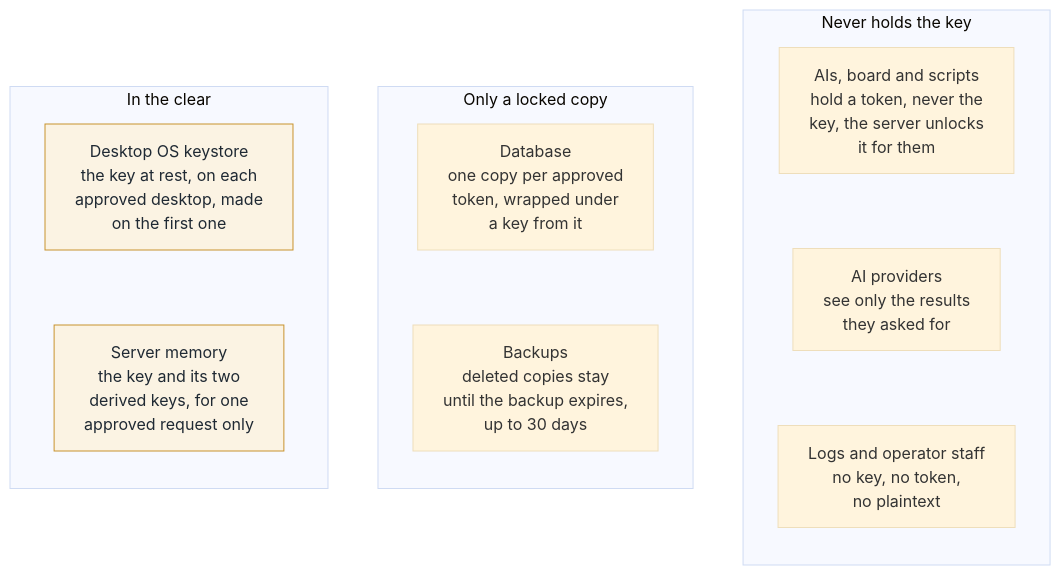
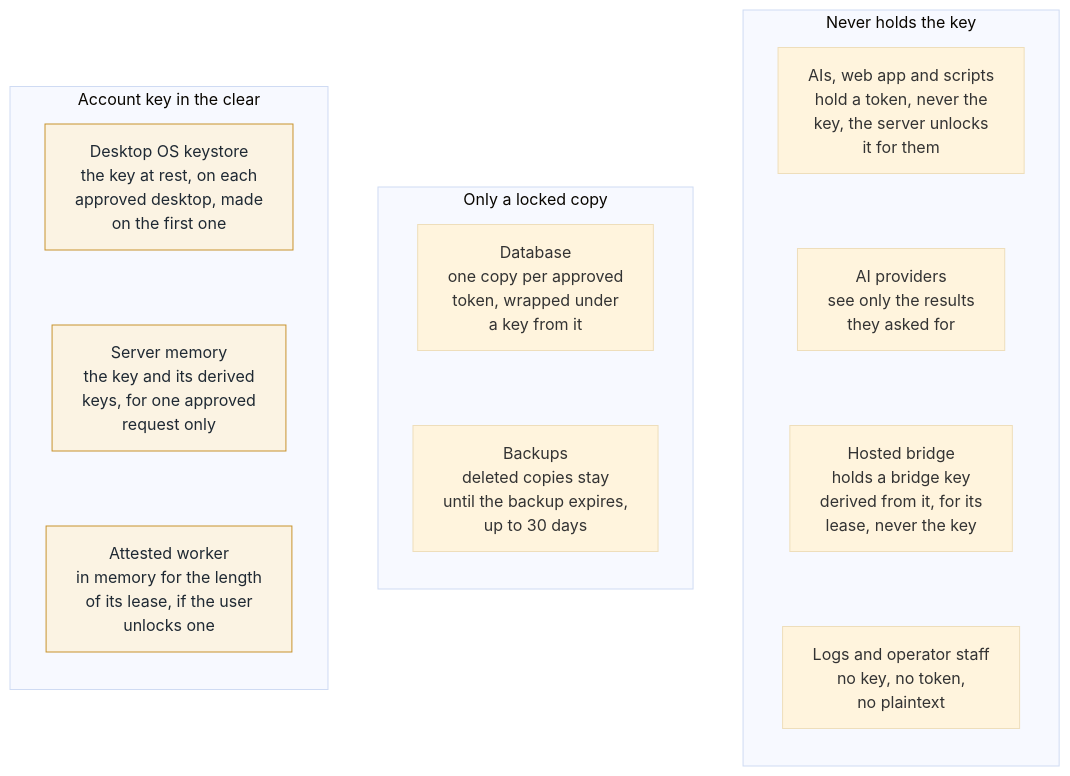
The diagram in diagrams/where-the-account-key-lives-2-places-in-the-clear.mmd (ajs-consult-llc/mirror-encryption-rfc), drawn with Mermaid (base theme) before and after one commit. The commit also changed 34 other files, not shown here.

```diff
--- a/diagrams/where-the-account-key-lives-2-places-in-the-clear.mmd
+++ b/diagrams/where-the-account-key-lives-2-places-in-the-clear.mmd
@@ -1,24 +1,26 @@
 flowchart TB
-  accTitle: The account key exists in the clear in only two places
-  accDescr: Where the account key lives, where only a locked copy lives, and where it never goes. In the clear, the key exists only in the desktop OS keystore, at rest on each approved desktop and made on the first one, and in server memory, with its two derived keys, for one approved request only. Only a locked copy is in the database, one copy per approved token wrapped under a key from it, and in backups, where deleted copies stay until the backup expires, up to 30 days. The AIs, board and scripts hold a token but never the key, and the server unlocks it for them. AI providers see only the results they asked for. Logs and operator staff hold no key, no token and no plaintext. A token opens only its own copy, so deleting that copy cuts its holder off at once.
+  accTitle: The account key exists in the clear in only three places
+  accDescr: Where the account key lives, where only a locked copy lives, and where it never goes. In the clear, the key exists only in the desktop OS keystore, at rest on each approved desktop and made on the first one, in server memory, with its derived keys, for one approved request only, and in an attested worker, in memory for the length of its lease, if the user unlocks one. Only a locked copy is in the database, one copy per approved token wrapped under a key from it, and in backups, where deleted copies stay until the backup expires, up to 30 days. The AIs, web app and scripts hold a token but never the key, and the server unlocks it for them. AI providers see only the results they asked for. A hosted bridge holds a bridge key derived from the account key, for its lease, never the key itself. Logs and operator staff hold no key, no token and no plaintext. A token opens only its own copy, so deleting that copy cuts its holder off at once. With a hosted bridge the key still rests only on the user's desktop, and the bridge holds a derived key.
   subgraph never["Never holds the key"]
     direction TB
-    N1["AIs, board and scripts<br/>hold a token, never the<br/>key, the server unlocks<br/>it for them"]
+    N1["AIs, web app and scripts<br/>hold a token, never the<br/>key, the server unlocks<br/>it for them"]
     N2["AI providers<br/>see only the results<br/>they asked for"]
+    N4["Hosted bridge<br/>holds a bridge key<br/>derived from it, for its<br/>lease, never the key"]
     N3["Logs and operator staff<br/>no key, no token,<br/>no plaintext"]
-    N1 ~~~ N2 ~~~ N3
+    N1 ~~~ N2 ~~~ N4 ~~~ N3
   end
   subgraph locked["Only a locked copy"]
     direction TB
     L1["Database<br/>one copy per approved<br/>token, wrapped under<br/>a key from it"]
     L2["Backups<br/>deleted copies stay<br/>until the backup expires,<br/>up to 30 days"]
     L1 ~~~ L2
   end
-  subgraph clear["In the clear"]
+  subgraph clear["Account key in the clear"]
     direction TB
     K1["Desktop OS keystore<br/>the key at rest, on each<br/>approved desktop, made<br/>on the first one"]
-    K2["Server memory<br/>the key and its two<br/>derived keys, for one<br/>approved request only"]
-    K1 ~~~ K2
+    K2["Server memory<br/>the key and its derived<br/>keys, for one approved<br/>request only"]
+    K3["Attested worker<br/>in memory for the length<br/>of its lease, if the user<br/>unlocks one"]
+    K1 ~~~ K2 ~~~ K3
   end
   classDef hot stroke:#c8932e,fill:#fbf3e3,color:#1f2933
-  class K1,K2 hot
+  class K1,K2,K3 hot
```
